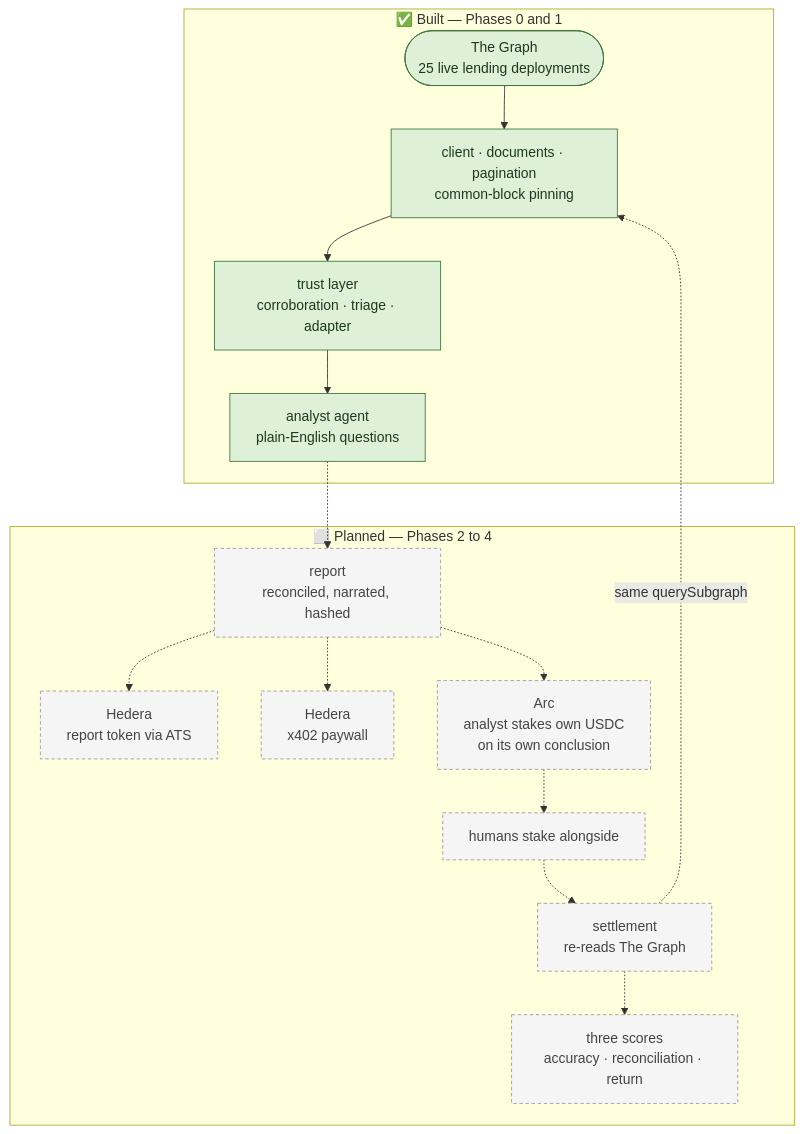
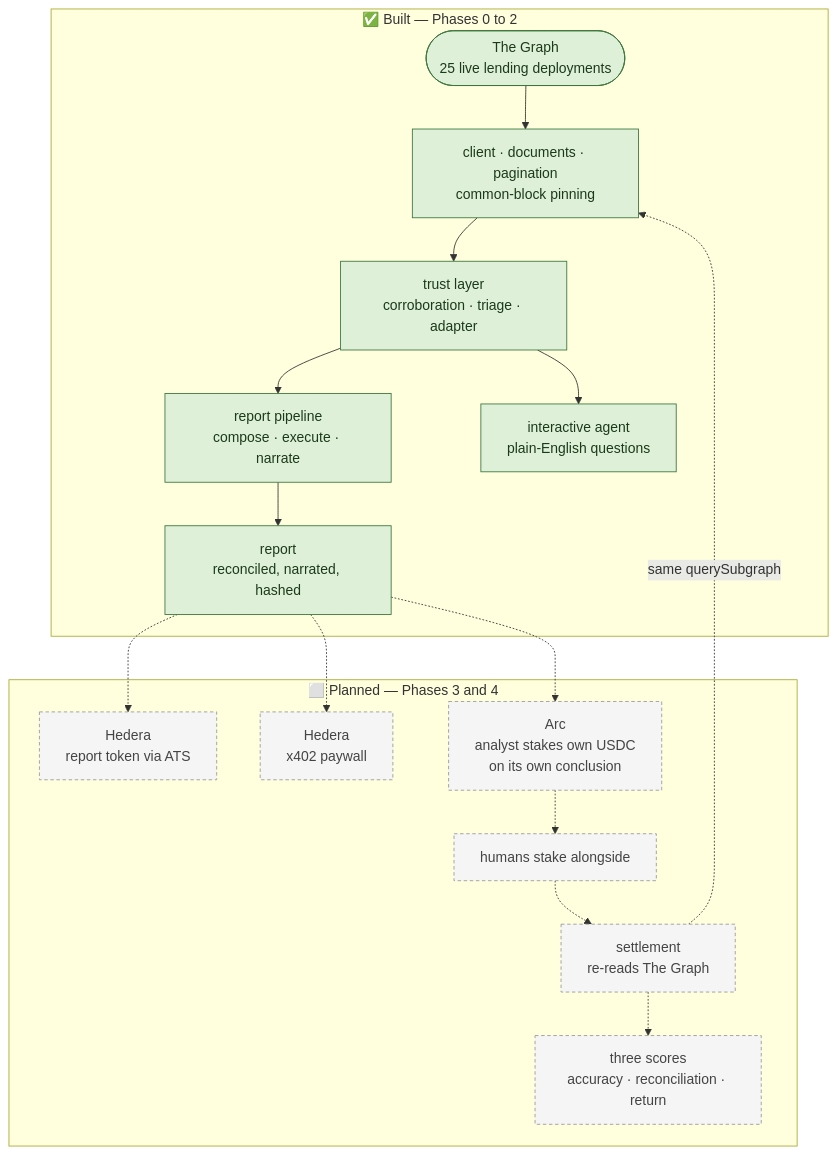
One commit to DhruPtel/ETHonline-2026-Alpha-Markets changed the first of 2 diagrams in README.md. Above: the diagram before and after it, drawn with Mermaid. The commit also changed other lines of this file and 9 other files, not shown here.

Commit message:
Add subsystem READMEs, architecture doc, fix broken commands

````diff
--- a/README.md
+++ b/README.md
@@ -32,25 +34,26 @@
 ```mermaid
 flowchart TD
-  subgraph BUILT["✅ Built — Phases 0 and 1"]
+  subgraph BUILT["✅ Built — Phases 0 to 2"]
     G(["The Graph<br/>25 live lending deployments"]) --> CL["client · documents · pagination<br/>common-block pinning"]
     CL --> TR["trust layer<br/>corroboration · triage · adapter"]
-    TR --> AG["analyst agent<br/>plain-English questions"]
+    TR --> PL["report pipeline<br/>compose · execute · narrate"]
+    PL --> RPT["report<br/>reconciled, narrated, hashed"]
+    TR --> AG["interactive agent<br/>plain-English questions"]
   end
 
-  subgraph PLANNED["⬜ Planned — Phases 2 to 4"]
-    AG -.-> RPT["report<br/>reconciled, narrated, hashed"]
+  subgraph PLANNED["⬜ Planned — Phases 3 and 4"]
     RPT -.-> ATS["Hedera<br/>report token via ATS"]
     RPT -.-> PAY["Hedera<br/>x402 paywall"]
     RPT -.-> MKT["Arc<br/>analyst stakes own USDC<br/>on its own conclusion"]
     MKT -.-> HUM["humans stake alongside"]
     HUM -.-> SET["settlement<br/>re-reads The Graph"]
     SET -.-> SCR["three scores<br/>accuracy · reconciliation · return"]
   end
 
   SET -.->|"same querySubgraph"| CL
 
   classDef built fill:#dff0d8,stroke:#3c763d,color:#1b3a1b
   classDef planned fill:#f5f5f5,stroke:#999,color:#444,stroke-dasharray:4 3
-  class G,CL,TR,AG built
-  class RPT,ATS,PAY,MKT,HUM,SET,SCR planned
+  class G,CL,TR,PL,RPT,AG built
+  class ATS,PAY,MKT,HUM,SET,SCR planned
 ```
````
